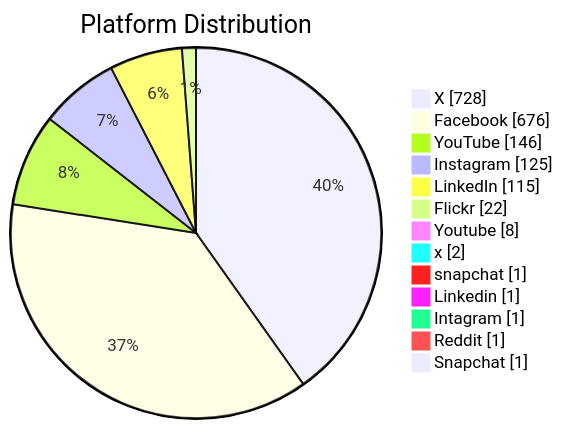
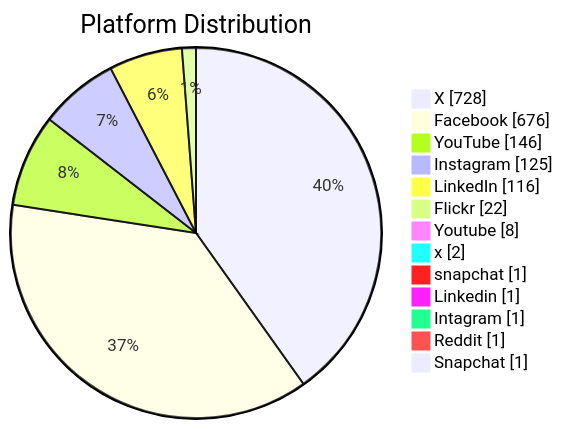
Before and after one commit to PatLittle/GC-Socials: the second of 6 diagrams in README.md, drawn with Mermaid. The commit also changed other lines of this file, not shown here.

Commit message:
Update README with Platform Distribution pie chart

````diff
--- a/README.md
+++ b/README.md
@@ -46,16 +46,16 @@
 ```mermaid
 pie showData title Platform Distribution
     "X": 728
     "Facebook": 676
     "YouTube": 146
     "Instagram": 125
-    "LinkedIn": 115
+    "LinkedIn": 116
     "Flickr": 22
     "Youtube": 8
     "x": 2
     "snapchat": 1
     "Linkedin": 1
     "Intagram": 1
     "Reddit": 1
     "Snapchat": 1
 ```
````
